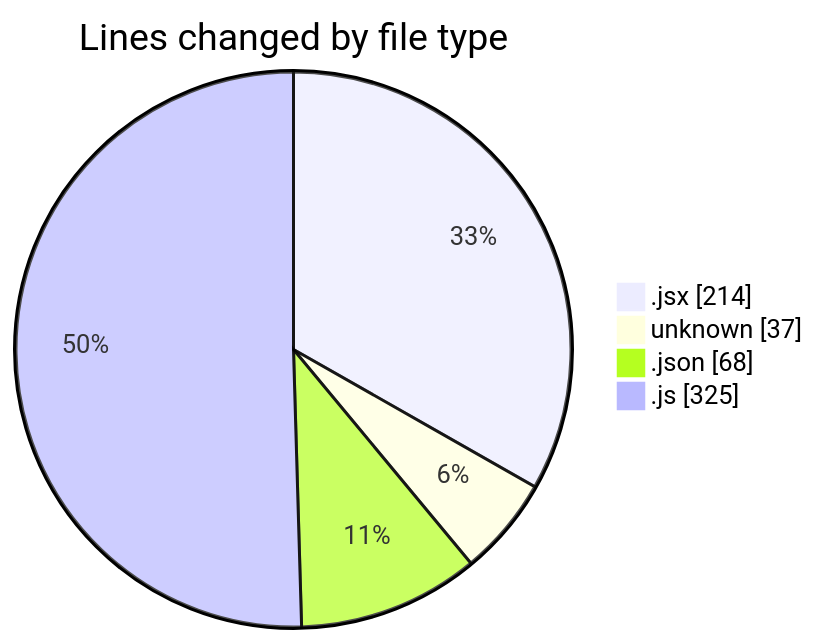
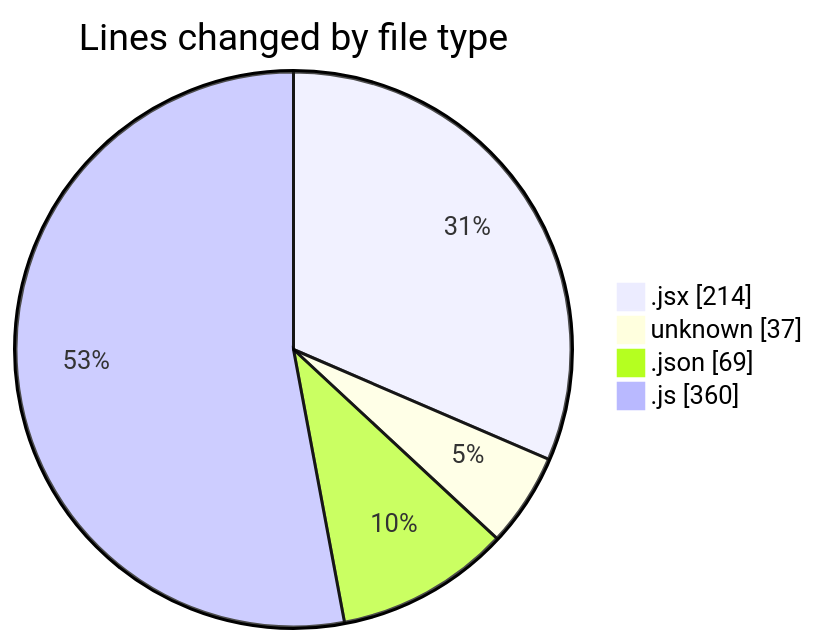
One commit to Elitesun/code-tracking changed the first of 2 diagrams in 2025-02-08/react_ecom/README.md. Above: the diagram before and after it, drawn with Mermaid. The commit also changed other lines of this file and 1 other file, not shown here.

````diff
--- a/2025-02-08/react_ecom/README.md
+++ b/2025-02-08/react_ecom/README.md
@@ -24,8 +24,8 @@
 ```mermaid
 pie showData
 title Lines changed by file type
 ".jsx" : 214
 "unknown" : 37
-".json" : 68
-".js" : 325
+".json" : 69
+".js" : 360
 ```
````
